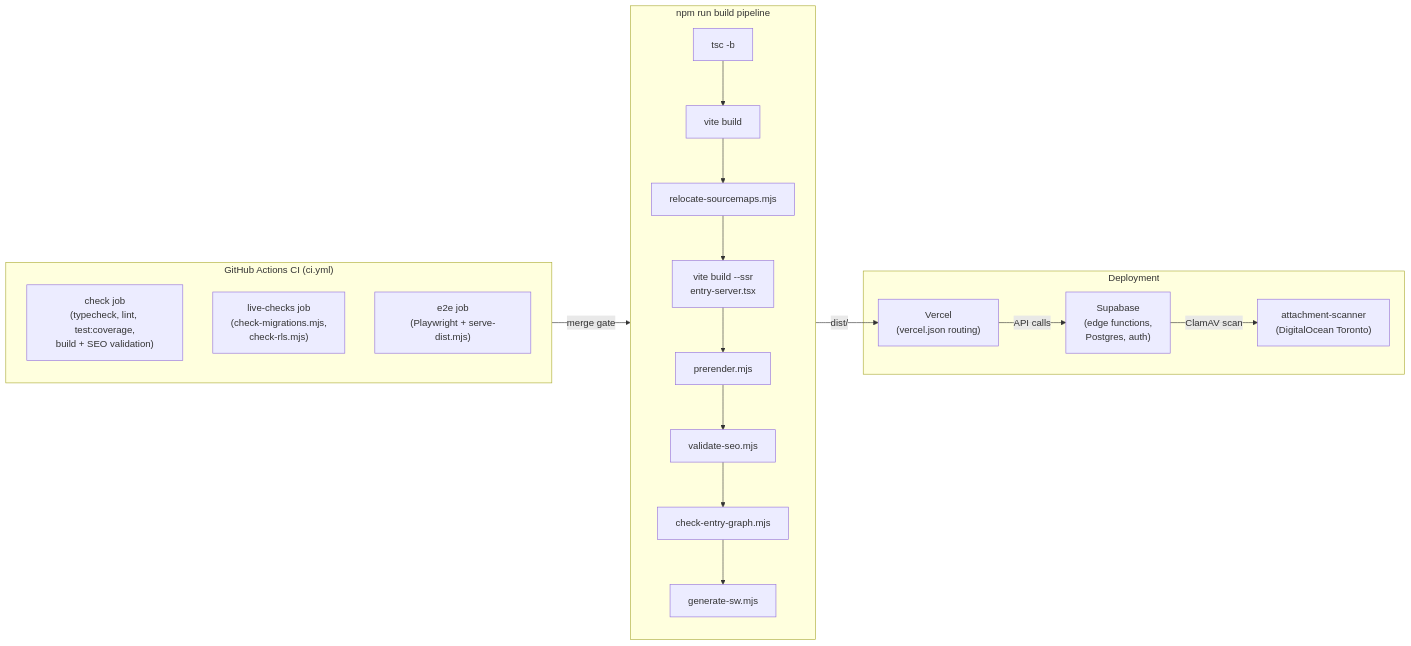
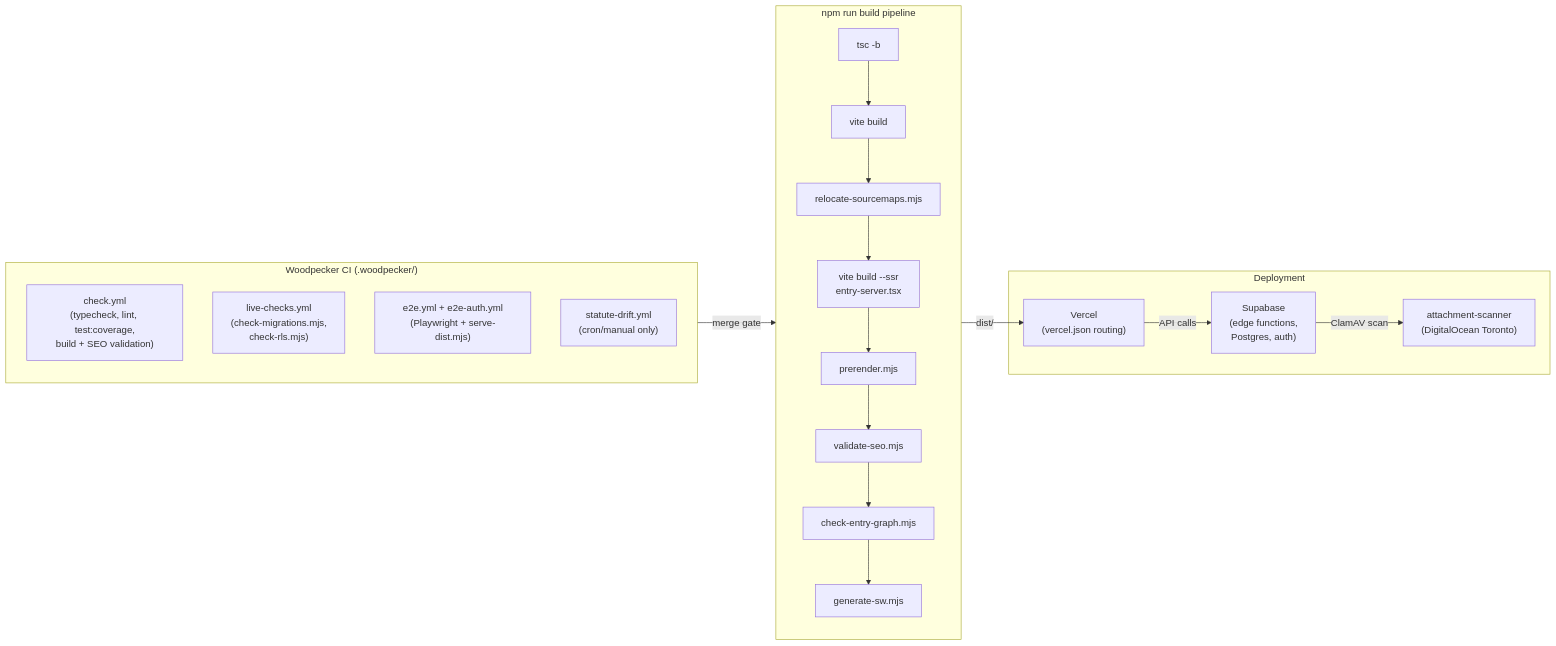
Before and after one commit to Dutiva-Canada/Dutiva_Web: the first of 3 diagrams in docs/wiki/Infrastructure-CICD.md, drawn with Mermaid. The commit also changed other lines of this file and 590 other files, not shown here.

````diff
--- a/docs/wiki/Infrastructure-CICD.md
+++ b/docs/wiki/Infrastructure-CICD.md
@@ -33,33 +37,34 @@
 ```mermaid
 flowchart LR
-    subgraph CI["GitHub Actions CI (ci.yml)"]
+    subgraph CI["Woodpecker CI (.woodpecker/)"]
         direction TB
-        Check["check job\n(typecheck, lint, test:coverage,\nbuild + SEO validation)"]
-        Live["live-checks job\n(check-migrations.mjs,\ncheck-rls.mjs)"]
-        E2E["e2e job\n(Playwright + serve-dist.mjs)"]
+        Check["check.yml\n(typecheck, lint, test:coverage,\nbuild + SEO validation)"]
+        Live["live-checks.yml\n(check-migrations.mjs,\ncheck-rls.mjs)"]
+        E2E["e2e.yml + e2e-auth.yml\n(Playwright + serve-dist.mjs)"]
+        SD["statute-drift.yml\n(cron/manual only)"]
     end
 
     subgraph Build["npm run build pipeline"]
         direction TB
         TSC["tsc -b"]
         ViteBuild["vite build"]
         Relocate["relocate-sourcemaps.mjs"]
         SSR["vite build --ssr\nentry-server.tsx"]
         Prerender["prerender.mjs"]
         SEO["validate-seo.mjs"]
         EntryGraph["check-entry-graph.mjs"]
         SW["generate-sw.mjs"]
         TSC --> ViteBuild --> Relocate --> SSR --> Prerender --> SEO --> EntryGraph --> SW
     end
 
     subgraph Deploy["Deployment"]
         Vercel["Vercel\n(vercel.json routing)"]
         Supabase["Supabase\n(edge functions,\nPostgres, auth)"]
         Scanner["attachment-scanner\n(DigitalOcean Toronto)"]
     end
 
     CI -->|"merge gate"| Build
     Build -->|"dist/"| Vercel
     Vercel -->|"API calls"| Supabase
     Supabase -->|"ClamAV scan"| Scanner
 ```
````
